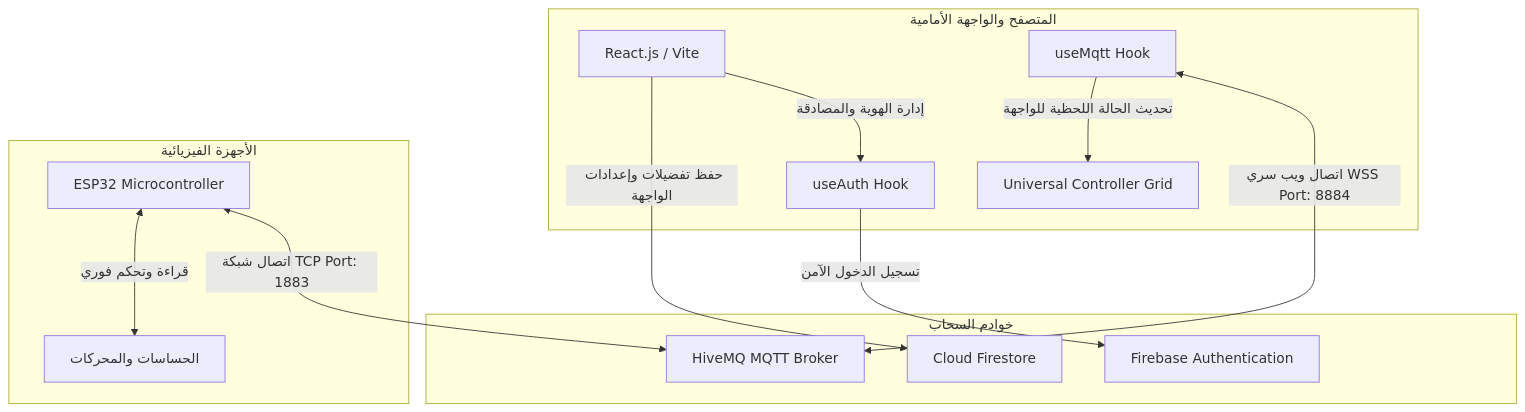
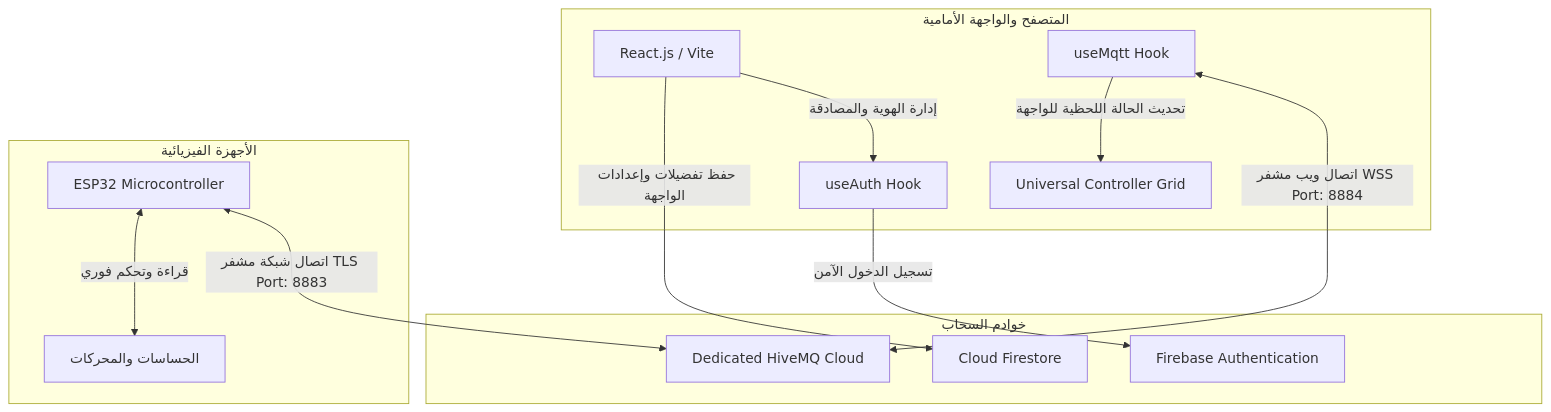
One commit to iot-ahmad/IOT-SaaS-Dashboard changed the diagram in README.md. Above: the diagram before and after it, drawn with Mermaid. The commit also changed other lines of this file and 5 other files, not shown here.

````diff
--- a/README.md
+++ b/README.md
@@ -64,31 +64,31 @@
 ```mermaid
 graph TD
     subgraph المتصفح والواجهة الأمامية
         React[React.js / Vite]
         useMqtt[useMqtt Hook]
         useAuth[useAuth Hook]
         Grid[Universal Controller Grid]
     end
 
     subgraph خوادم السحاب
         Firebase[Firebase Authentication]
         Firestore[Cloud Firestore]
         HiveMQ[HiveMQ MQTT Broker]
     end
 
     subgraph الأجهزة الفيزيائية
         ESP32[ESP32 Microcontroller]
         Sensors[الحساسات والمحركات]
     end
 
     %% الاتصال والتفاعل
     React -->|إدارة الهوية والمصادقة| useAuth
     useAuth -->|تسجيل الدخول الآمن| Firebase
     React -->|حفظ تفضيلات وإعدادات الواجهة| Firestore
     
-    useMqtt <-->|اتصال ويب سري WSS Port: 8884| HiveMQ
-    ESP32 <-->|اتصال شبكة TCP Port: 1883| HiveMQ
+    useMqtt <-->|اتصال ويب مشفر WSS Port: 8884| HiveMQ[Dedicated HiveMQ Cloud]
+    ESP32 <-->|اتصال شبكة مشفر TLS Port: 8883| HiveMQ
     
     ESP32 <-->|قراءة وتحكم فوري| Sensors
     useMqtt -->|تحديث الحالة اللحظية للواجهة| Grid
 ```
````
